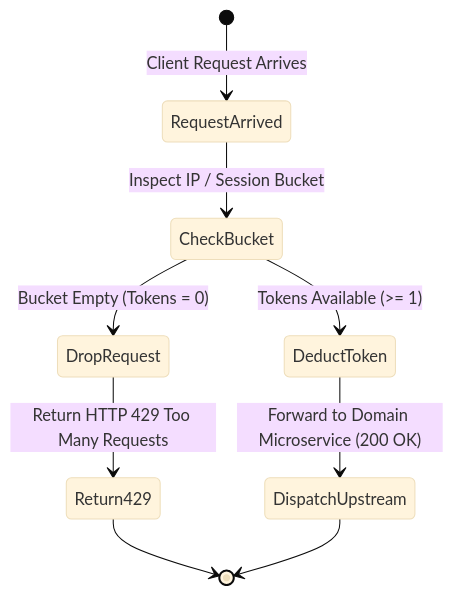
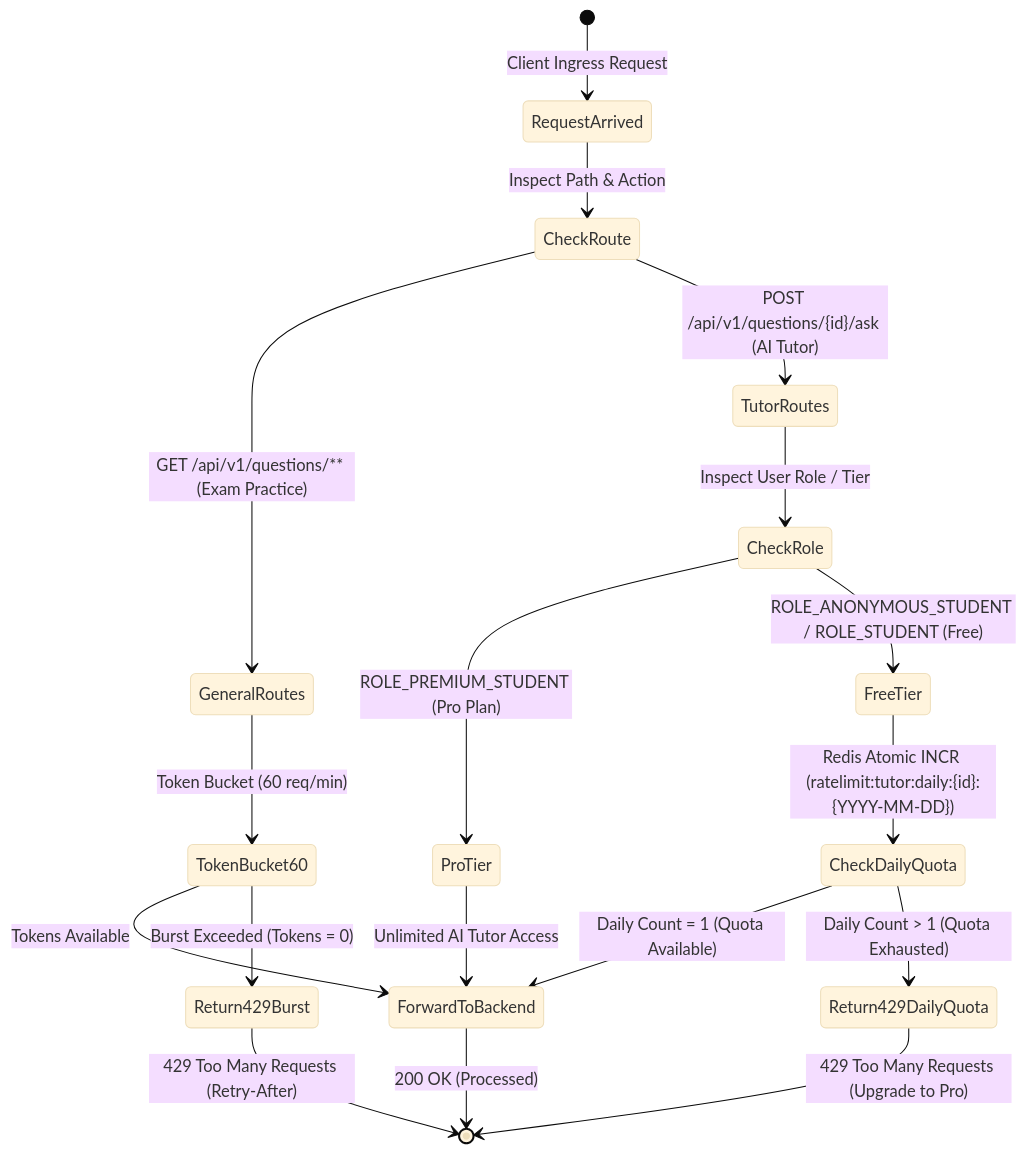
One commit to Veras-D/AprovaENEM changed the fifth of 16 diagrams in docs/sprint-1/03-system-architecture.md. Above: the diagram before and after it, drawn with Mermaid (base theme). The commit also changed other lines of this file and 6 other files, not shown here.

Commit message:
feat(tutor): architect Redis daily quota limiter for free AI tutor and unlimited Pro tier

````diff
--- a/docs/sprint-1/03-system-architecture.md
+++ b/docs/sprint-1/03-system-architecture.md
@@ -740,14 +741,31 @@
 ```mermaid
 stateDiagram-v2
-    [*] --> RequestArrived : Client Request Arrives
-    RequestArrived --> CheckBucket : Inspect IP / Session Bucket
+    [*] --> RequestArrived : Client Ingress Request
+    RequestArrived --> CheckRoute : Inspect Path & Action
     
-    state CheckBucket <<choice>>
-    CheckBucket --> DeductToken : Tokens Available (>= 1)
-    CheckBucket --> DropRequest : Bucket Empty (Tokens = 0)
+    state CheckRoute <<choice>>
+    CheckRoute --> GeneralRoutes : GET /api/v1/questions/** (Exam Practice)
+    CheckRoute --> TutorRoutes : POST /api/v1/questions/{id}/ask (AI Tutor)
     
-    DeductToken --> DispatchUpstream : Forward to Domain Microservice (200 OK)
-    DropRequest --> Return429 : Return HTTP 429 Too Many Requests
-    Return429 --> [*]
-    DispatchUpstream --> [*]
+    GeneralRoutes --> TokenBucket60 : Token Bucket (60 req/min)
+    TokenBucket60 --> ForwardToBackend : Tokens Available
+    TokenBucket60 --> Return429Burst : Burst Exceeded (Tokens = 0)
+    
+    TutorRoutes --> CheckRole : Inspect User Role / Tier
+    
+    state CheckRole <<choice>>
+    CheckRole --> ProTier : ROLE_PREMIUM_STUDENT (Pro Plan)
+    CheckRole --> FreeTier : ROLE_ANONYMOUS_STUDENT / ROLE_STUDENT (Free)
+    
+    ProTier --> ForwardToBackend : Unlimited AI Tutor Access
+    
+    FreeTier --> CheckDailyQuota : Redis Atomic INCR (ratelimit:tutor:daily:{id}:{YYYY-MM-DD})
+    
+    state CheckDailyQuota <<choice>>
+    CheckDailyQuota --> ForwardToBackend : Daily Count = 1 (Quota Available)
+    CheckDailyQuota --> Return429DailyQuota : Daily Count > 1 (Quota Exhausted)
+    
+    ForwardToBackend --> [*] : 200 OK (Processed)
+    Return429Burst --> [*] : 429 Too Many Requests (Retry-After)
+    Return429DailyQuota --> [*] : 429 Too Many Requests (Upgrade to Pro)
 ```
````
